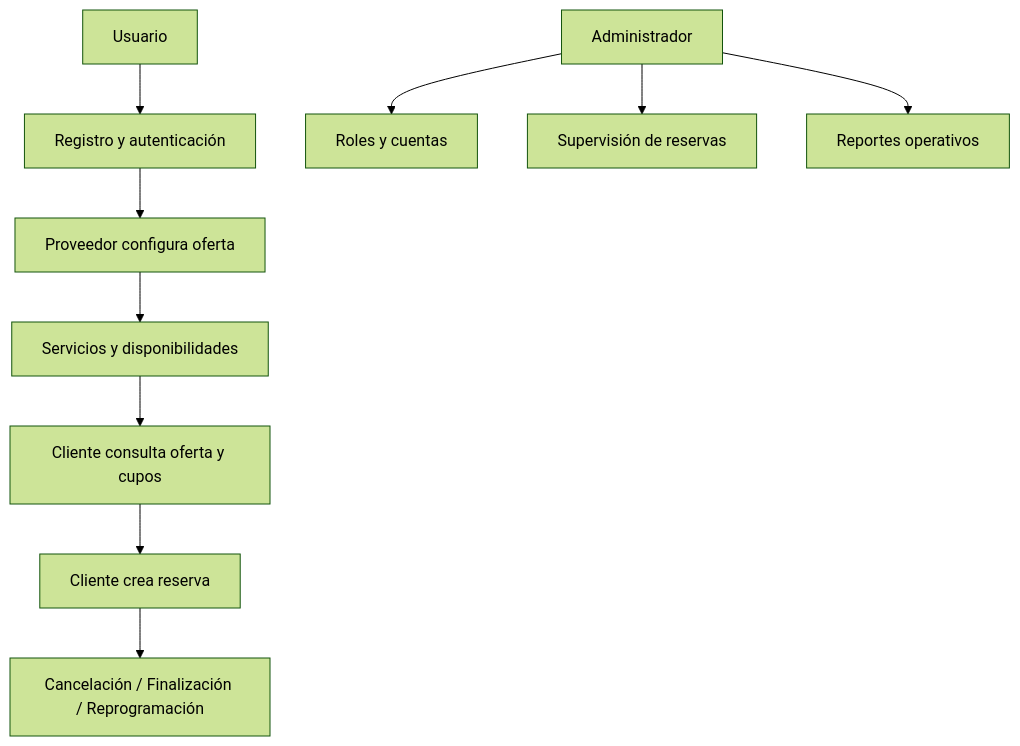
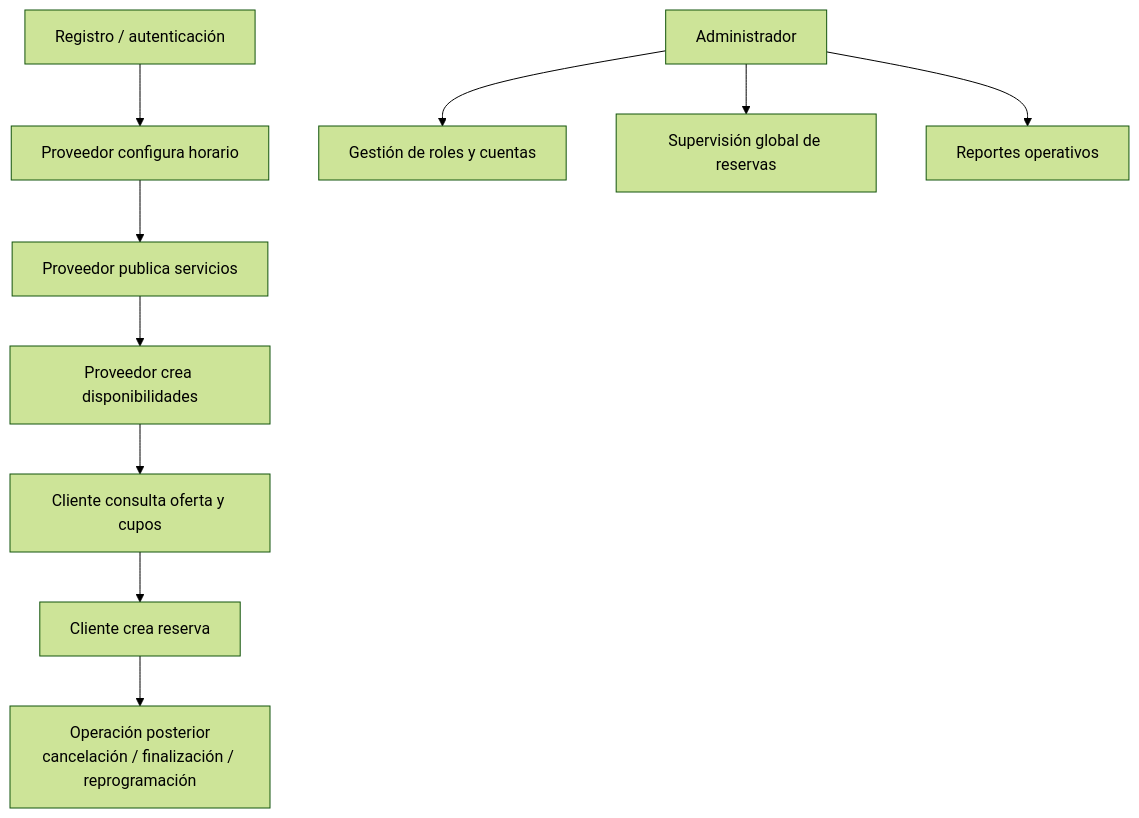
One commit to spalacioc05/EAP09-Caso15-ReservasServicios-2026-1 changed the second of 5 diagrams in README.md. Above: the diagram before and after it, drawn with Mermaid (forest theme). The commit also changed other lines of this file and 6 other files, not shown here.

````diff
--- a/README.md
+++ b/README.md
@@ -388,12 +183,12 @@
 ```mermaid
 flowchart TD
-    U[Usuario] --> Auth[Registro y autenticación]
-    Auth --> Provider[Proveedor configura oferta]
-    Provider --> Availability[Servicios y disponibilidades]
-    Availability --> Customer[Cliente consulta oferta y cupos]
-    Customer --> Booking[Cliente crea reserva]
-    Booking --> Lifecycle[Cancelación / Finalización / Reprogramación]
-    Admin[Administrador] --> Governance[Roles y cuentas]
-    Admin --> Supervision[Supervisión de reservas]
-    Admin --> Reports[Reportes operativos]
+    A[Registro / autenticación] --> B[Proveedor configura horario]
+    B --> C[Proveedor publica servicios]
+    C --> D[Proveedor crea disponibilidades]
+    D --> E[Cliente consulta oferta y cupos]
+    E --> F[Cliente crea reserva]
+    F --> G[Operación posterior<br/>cancelación / finalización / reprogramación]
+    H[Administrador] --> I[Gestión de roles y cuentas]
+    H --> J[Supervisión global de reservas]
+    H --> K[Reportes operativos]
 ```
````
